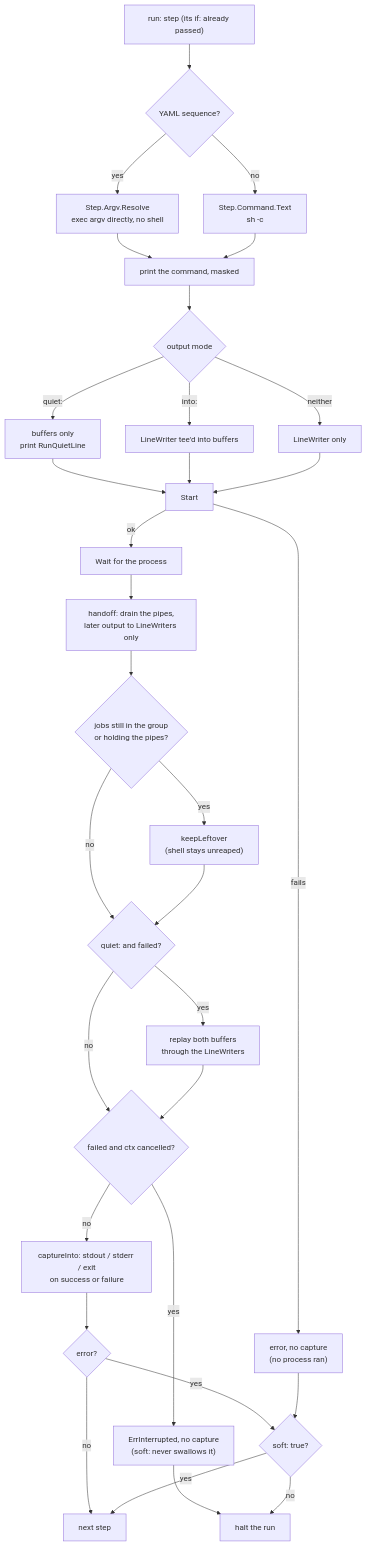
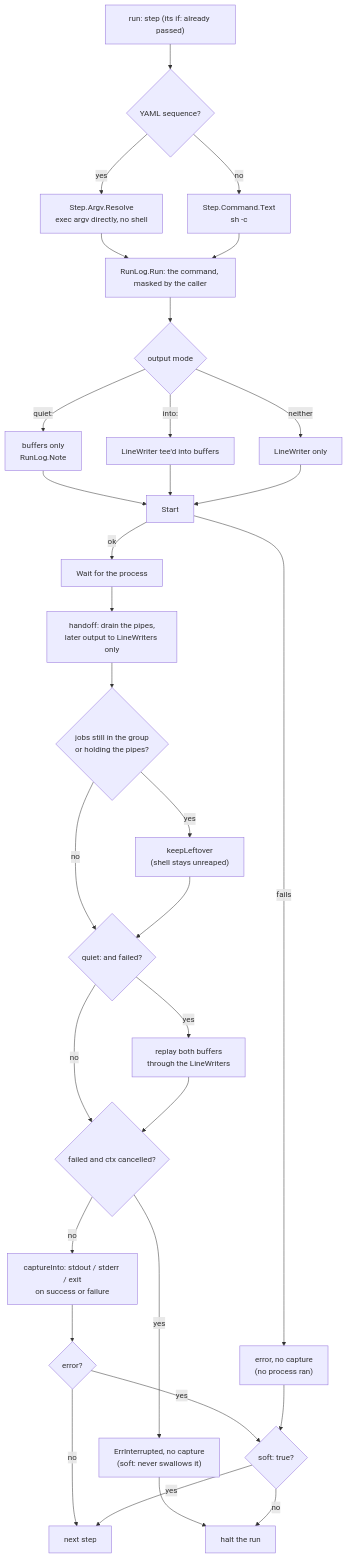
The fifth of 7 diagrams in ARCHITECTURE.md (JakesMD/hobnob), drawn with Mermaid before and after one commit. The commit also changed other lines of this file and 3 other files, not shown here.

Commit message:
Fix run-log docs and cover every RunLog method's stream

````diff
--- a/ARCHITECTURE.md
+++ b/ARCHITECTURE.md
@@ -451,34 +451,34 @@
 ```mermaid
 flowchart TD
     start["run: step (its if: already passed)"] --> form{"YAML sequence?"}
     form -- yes --> argv["Step.Argv.Resolve<br/>exec argv directly, no shell"]
     form -- no --> sh["Step.Command.Text<br/>sh -c"]
-    argv --> show["print the command, masked"]
+    argv --> show["RunLog.Run: the command, masked by the caller"]
     sh --> show
     show --> out{"output mode"}
-    out -- "quiet:" --> quiet["buffers only<br/>print RunQuietLine"]
+    out -- "quiet:" --> quiet["buffers only<br/>RunLog.Note"]
     out -- "into:" --> tee["LineWriter tee'd into buffers"]
     out -- neither --> live["LineWriter only"]
     quiet --> startp["Start"]
     tee --> startp
     live --> startp
     startp -- fails --> nocap["error, no capture<br/>(no process ran)"]
     startp -- ok --> wait["Wait for the process"]
     wait --> handoff["handoff: drain the pipes,<br/>later output to LineWriters only"]
     handoff --> keep{"jobs still in the group<br/>or holding the pipes?"}
     keep -- yes --> kl["keepLeftover<br/>(shell stays unreaped)"]
     keep -- no --> replay
     kl --> replay{"quiet: and failed?"}
     replay -- yes --> rp["replay both buffers<br/>through the LineWriters"]
     replay -- no --> intr
     rp --> intr{"failed and ctx cancelled?"}
     intr -- yes --> ei["ErrInterrupted, no capture<br/>(soft: never swallows it)"]
     intr -- no --> cap["captureInto: stdout / stderr / exit<br/>on success or failure"]
     cap --> res{"error?"}
     res -- no --> next["next step"]
     res -- yes --> soft{"soft: true?"}
     nocap --> soft
     ei --> halt
     soft -- yes --> next
     soft -- no --> halt["halt the run"]
 ```
````
